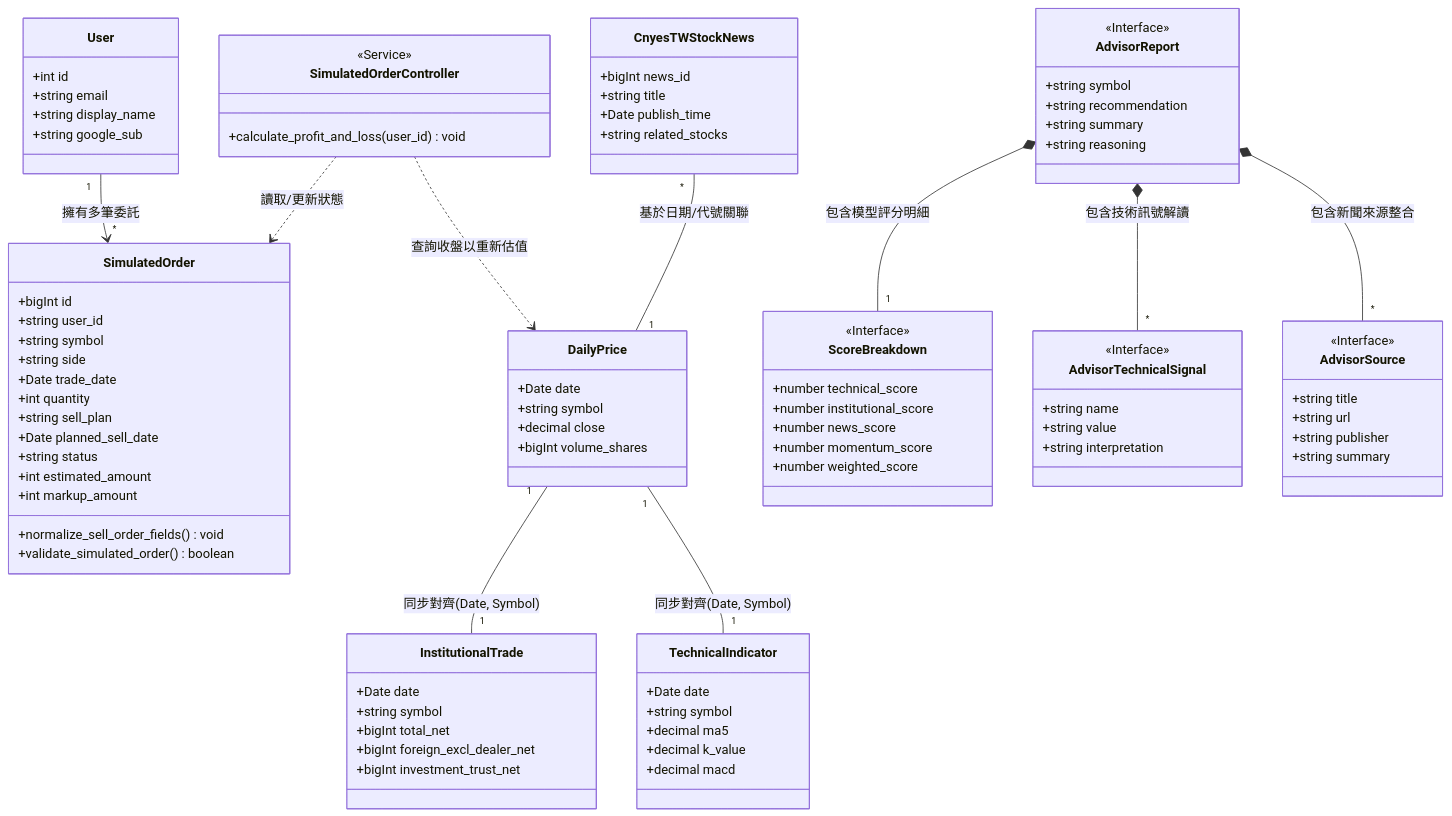
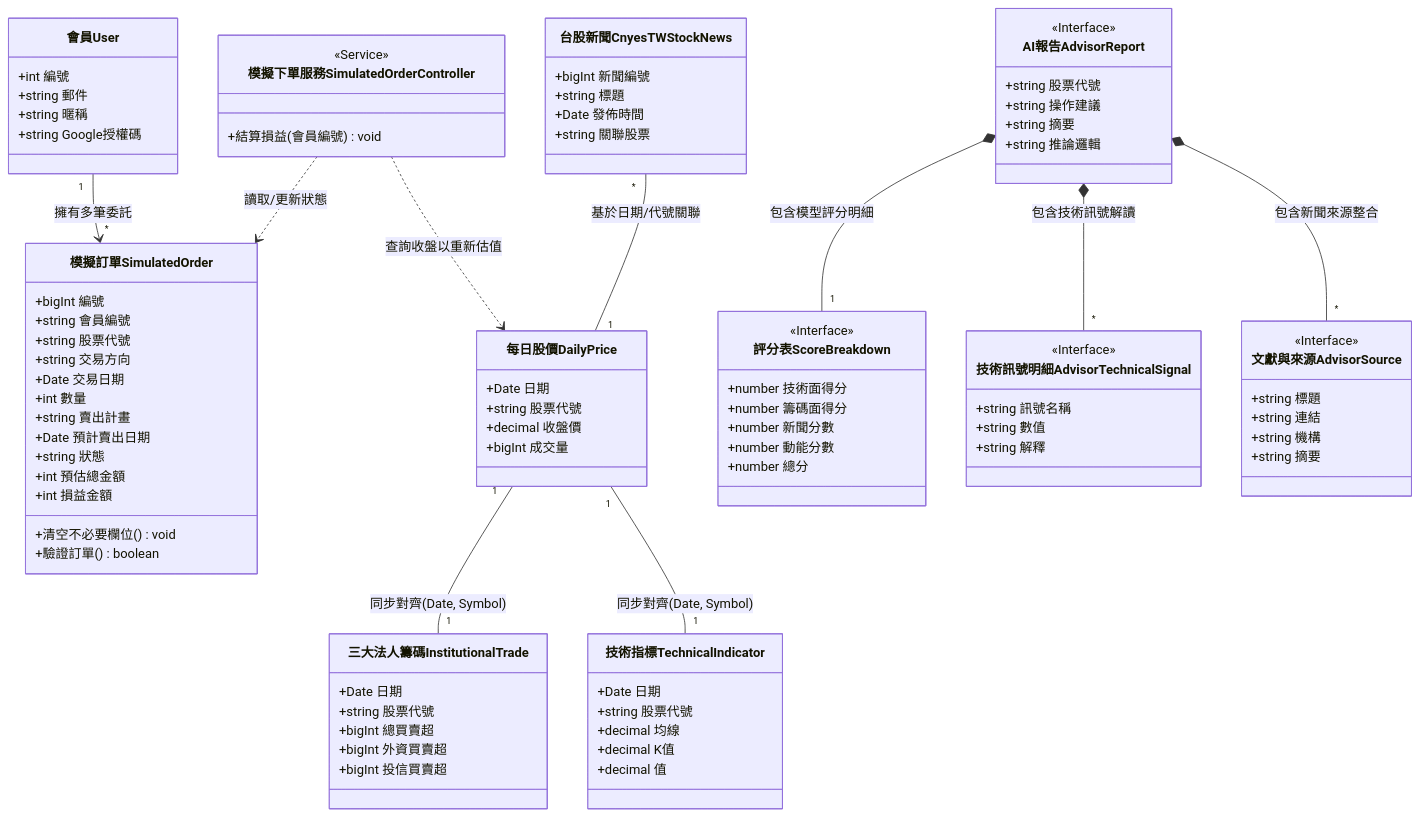
Before and after one commit to weeei001/115409: the diagram in docs/圖檔/class diagram.md, drawn with Mermaid. The commit also changed 1 other file, not shown here.

Commit message:
week07-class diagram

````diff
--- a/docs/圖檔/class diagram.md
+++ b/docs/圖檔/class diagram.md
@@ -1,188 +1,121 @@
 ```mermaid
 classDiagram
     %% ==========================================
-    %% 模組 1：使用者與下單業務 (User & Order)
+    %% 模組 1：會員與下單業務 (User & Order)
     %% ==========================================
     
-    %% 會員模型
-    class User {
-        %% 使用者的唯一識別碼 (Primary Key)
-        +int id
-        %% 使用者的電子信箱，作為登入帳號
-        +string email
-        %% 使用者在系統介面上顯示的暱稱
-        +string display_name
-        %% 綁定 Google 第三方登入用的唯一授權碼
-        +string google_sub
+    class 會員User {
+        +int 編號
+        +string 郵件
+        +string 暱稱
+        +string Google授權碼
     }
     
-    %% 模擬訂單資料表
-    class SimulatedOrder {
-        %% 委託單的唯一編號 (Primary Key)
-        +bigInt id
-        %% 關聯到下單使用者的唯一識別碼 (Foreign Key)
-        +string user_id
-        %% 買賣的股票代號 (例如：2330)
-        +string symbol
-        %% 交易方向，通常為買進 (buy) 或賣出 (sell)
-        +string side
-        %% 模擬下單的交易日期
-        +Date trade_date
-        %% 委託的數量 (通常以「張」為單位)
-        +int quantity
-        %% 賣出策略計畫 (例如：長期持有、指定日期)
-        +string sell_plan
-        %% 若設定依日期賣出，此為預計執行賣出的日期
-        +Date planned_sell_date
-        %% 委託單目前的狀態 (例如：待處理 pending、已成交 filled)
-        +string status
-        %% 委託當時預估的總金額成本
-        +int estimated_amount
-        %% 系統結算出來的未實現或已實現損益金額
-        +int markup_amount
-        %% 資料清理方法：若為賣單，自動清空不必要的賣出計畫欄位
-        +normalize_sell_order_fields() void
-        %% 驗證方法：檢查下單日期是否合理、張數是否大於零
-        +validate_simulated_order() boolean
+    class 模擬訂單SimulatedOrder {
+        +bigInt 編號
+        +string 會員編號
+        +string 股票代號
+        +string 交易方向
+        +Date 交易日期
+        +int 數量
+        +string 賣出計畫
+        +Date 預計賣出日期
+        +string 狀態
+        +int 預估總金額
+        +int 損益金額
+        +清空不必要欄位() void
+        +驗證訂單() boolean
     }
     
-    %% 負責處理模擬下單業務邏輯的後端服務
-    class SimulatedOrderController {
+    class 模擬下單服務SimulatedOrderController {
         <<Service>>
-        %% 核心商業邏輯方法：根據最新股價結算特定使用者的整體資產損益
-        +calculate_profit_and_loss(user_id) void
+        +結算損益(會員編號) void
     }
 
     %% ==========================================
     %% 模組 2：市場大數據實體 (Market Data)
     %% ==========================================
     
-    %% 每日股價，記錄市場個股的日K線歷史資料
-    class DailyPrice {
-        %% 交易日期 (複合主鍵之一)
-        +Date date
-        %% 股票代號 (複合主鍵之一)
-        +string symbol
-        %% 當日收盤價
-        +decimal close
-        %% 當日總成交股數 (成交量)
-        +bigInt volume_shares
+    class 每日股價DailyPrice {
+        +Date 日期
+        +string 股票代號
+        +decimal 收盤價
+        +bigInt 成交量
     }
     
-    %% 三大法人籌碼，記錄三大法人的每日進出狀況
-    class InstitutionalTrade {
-        %% 交易日期 (複合主鍵之一)
-        +Date date
-        %% 股票代號 (複合主鍵之一)
-        +string symbol
-        %% 三大法人買賣超總計 (股/張數)
-        +bigInt total_net
-        %% 外資(不含外資自營商)買賣超 (股/張數)
-        +bigInt foreign_excl_dealer_net
-        %% 投信買賣超 (股/張數)
-        +bigInt investment_trust_net
+    class 三大法人籌碼InstitutionalTrade {
+        +Date 日期
+        +string 股票代號
+        +bigInt 總買賣超
+        +bigInt 外資買賣超
+        +bigInt 投信買賣超
     }
     
-    %% 技術指標，存放經過系統計算後的各項技術分析數值
-    class TechnicalIndicator {
-        %% 交易日期 (複合主鍵之一)
-        +Date date
-        %% 股票代號 (複合主鍵之一)
-        +string symbol
-        %% 5 日移動平均線 (MA5) 的價格
-        +decimal ma5
-        %% KD 指標中的 K 值
-        +decimal k_value
-        %% MACD 指標的柱狀體或差離值
-        +decimal macd
+    class 技術指標TechnicalIndicator {
+        +Date 日期
+        +string 股票代號
+        +decimal 均線
+        +decimal K值
+        +decimal 值
     }
 
-    %% 相關新聞來源，記錄從外部來源爬取下來的台股新聞
-    class CnyesTWStockNews {
-        %% 新聞的唯一系統識別碼 (Primary Key)
-        +bigInt news_id
-        %% 新聞的標題文字
-        +string title
-        %% 新聞實際發布的時間戳記
-        +Date publish_time
-        %% 這則新聞關聯到的股票代號 (可能有多檔)
-        +string related_stocks
+    class 台股新聞CnyesTWStockNews {
+        +bigInt 新聞編號
+        +string 標題
+        +Date 發佈時間
+        +string 關聯股票
     }
 
     %% ==========================================
     %% 模組 3：AI 報告分析 (Advisor)
     %% ==========================================
     
-    %% AI 投資顧問生成的最終報告介面 (前端/API 回傳格式)
-    class AdvisorReport {
+    class AI報告AdvisorReport {
         <<Interface>>
-        %% 報告分析的目標股票代號
-        +string symbol
-        %% AI 給出的最終操作建議 (例如：buy, sell, wait)
-        +string recommendation
-        %% 整份分析報告的核心摘要文字
-        +string summary
-        %% AI 產出這個建議背後的詳細邏輯與推論過程
-        +string reasoning
+        +string 股票代號
+        +string 操作建議
+        +string 摘要
+        +string 推論邏輯
     }
     
-    %% 評分表介面，呈現多維度的量化分數
-    class ScoreBreakdown {
+    class 評分表ScoreBreakdown {
         <<Interface>>
-        %% 技術面分析的得分
-        +number technical_score
-        %% 籌碼面分析的得分
-        +number institutional_score
-        %% 新聞情緒面分析的得分
-        +number news_score
-        %% 市場動能分析的得分
-        +number momentum_score
-        %% 各項指標依照權重計算後的系統總分
-        +number weighted_score
+        +number 技術面得分
+        +number 籌碼面得分
+        +number 新聞分數
+        +number 動能分數
+        +number 總分
     }
     
-    %% 技術訊號明細
-    class AdvisorTechnicalSignal {
+    class 技術訊號明細AdvisorTechnicalSignal {
         <<Interface>>
-        %% 觀測到的技術訊號名稱 (例如：MACD、RSI)
-        +string name
-        %% 該訊號的具體數值或觸發狀態 (例如：黃金交叉、數值 15)
-        +string value
-        %% AI 對於這個訊號的金融多空意義解釋
-        +string interpretation
+        +string 訊號名稱
+        +string 數值
+        +string 解釋
     }
     
-    %% 文獻與新聞來源明細
-    class AdvisorSource {
+    class 文獻與來源AdvisorSource {
         <<Interface>>
-        %% 引用的新聞或資料標題
-        +string title
-        %% 可以點擊查證的外部原始連結 (URL)
-        +string url
-        %% 發布該新聞或資料的機構名稱 (例如：鉅亨網)
-        +string publisher
-        %% 擷取出來供 LLM 分析的內文摘要段落
-        +string summary
+        +string 標題
+        +string 連結
+        +string 機構
+        +string 摘要
     }
 
     %% ==========================================
     %% 實體關聯 (Relationships)
     %% ==========================================
     
-    %% 1. 使用者與下單關係 (1對多)
-    User "1" --> "*" SimulatedOrder : 擁有多筆委託
+    會員User "1" --> "*" 模擬訂單SimulatedOrder : 擁有多筆委託
     
-    %% 2. 核心邏輯層依賴關係
-    SimulatedOrderController ..> SimulatedOrder : 讀取/更新狀態
-    SimulatedOrderController ..> DailyPrice : 查詢收盤以重新估值
+    模擬下單服務SimulatedOrderController ..> 模擬訂單SimulatedOrder : 讀取/更新狀態
+    模擬下單服務SimulatedOrderController ..> 每日股價DailyPrice : 查詢收盤以重新估值
     
-    %% 3. 市場大數據的平行對應關係 (1對1共享 Date & Symbol)
-    DailyPrice "1" -- "1" InstitutionalTrade : 同步對齊(Date, Symbol)
-    DailyPrice "1" -- "1" TechnicalIndicator : 同步對齊(Date, Symbol)
-    CnyesTWStockNews "*" -- "1" DailyPrice : 基於日期/代號關聯
+    每日股價DailyPrice "1" -- "1" 三大法人籌碼InstitutionalTrade : 同步對齊(Date, Symbol)
+    每日股價DailyPrice "1" -- "1" 技術指標TechnicalIndicator : 同步對齊(Date, Symbol)
+    台股新聞CnyesTWStockNews "*" -- "1" 每日股價DailyPrice : 基於日期/代號關聯
     
-    %% 4. AI 報告組合關係 (Composition)
-    AdvisorReport *-- "1" ScoreBreakdown : 包含模型評分明細
-    AdvisorReport *-- "*" AdvisorTechnicalSignal : 包含技術訊號解讀
-    AdvisorReport *-- "*" AdvisorSource : 包含新聞來源整合
+    AI報告AdvisorReport *-- "1" 評分表ScoreBreakdown : 包含模型評分明細
+    AI報告AdvisorReport *-- "*" 技術訊號明細AdvisorTechnicalSignal : 包含技術訊號解讀
+    AI報告AdvisorReport *-- "*" 文獻與來源AdvisorSource : 包含新聞來源整合
 ```
````
